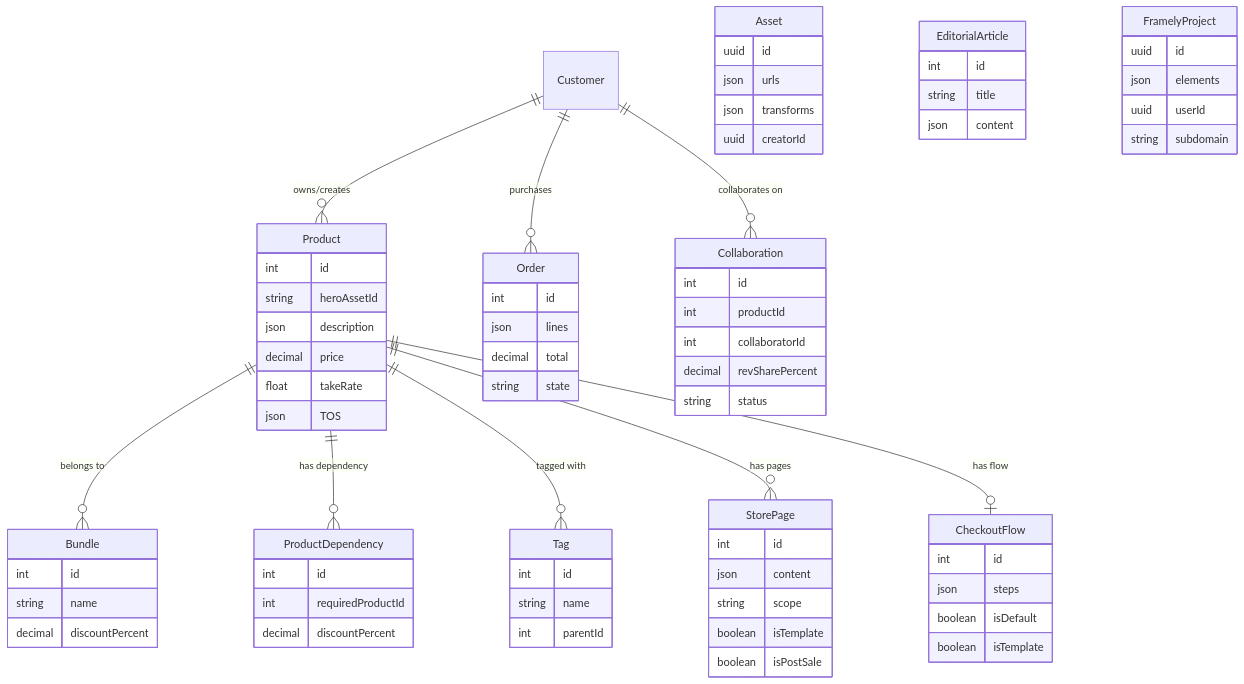
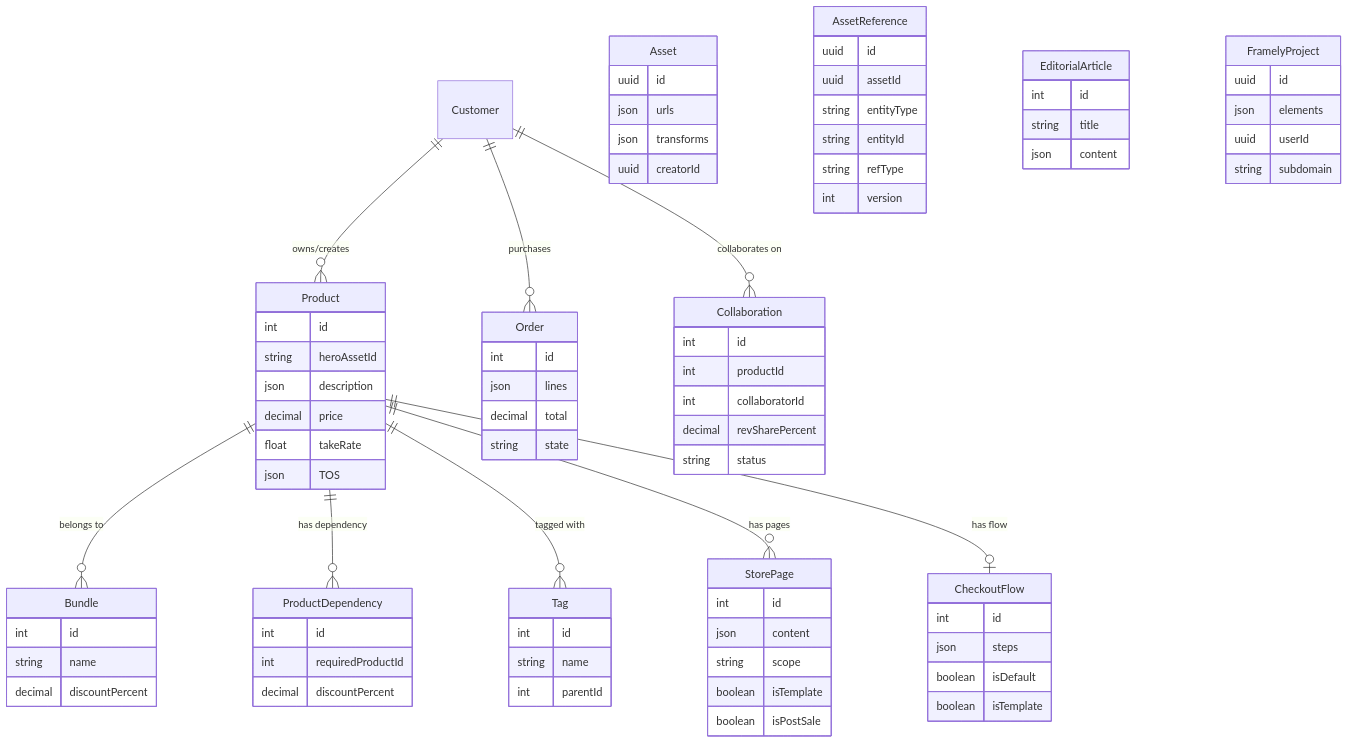
One commit to Yeusepe/simket changed the second of 2 diagrams in docs/domain-model.md. Above: the diagram before and after it, drawn with Mermaid. The commit also changed other lines of this file and 110 other files, not shown here.

```diff
--- a/docs/domain-model.md
+++ b/docs/domain-model.md
@@ -153,6 +154,15 @@
         uuid creatorId
     }
 
+    AssetReference {
+        uuid id
+        uuid assetId
+        string entityType
+        string entityId
+        string refType
+        int version
+    }
+
     EditorialArticle {
         int id
         string title
```
